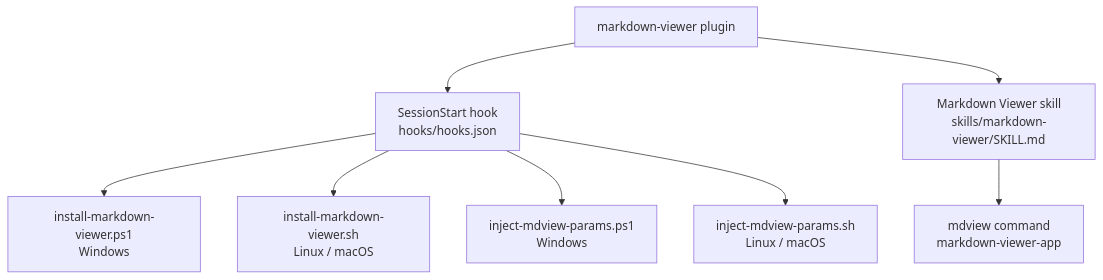
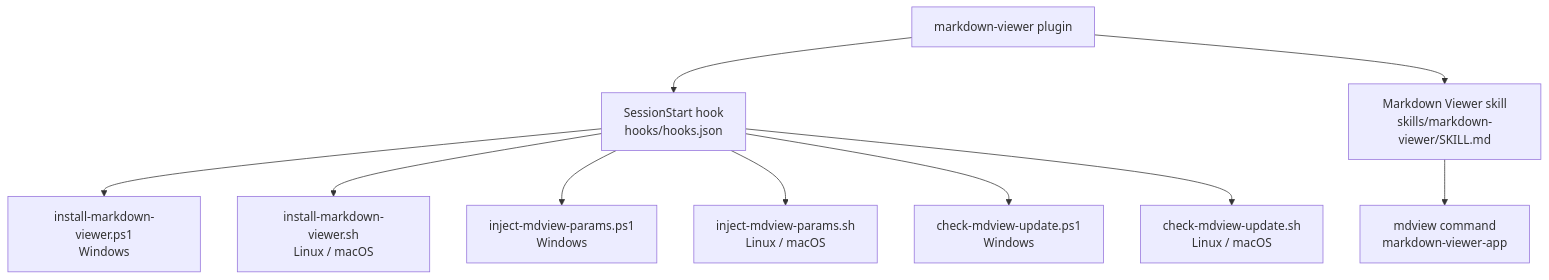
The diagram in plugins/markdown-viewer/README.md (dimpletz/prompts-collection), drawn with Mermaid before and after one commit. The commit also changed other lines of this file and 8 other files, not shown here.

````diff
--- a/plugins/markdown-viewer/README.md
+++ b/plugins/markdown-viewer/README.md
@@ -52,11 +52,13 @@
 ```mermaid
 graph TD
     A[markdown-viewer plugin]
     A --> B[SessionStart hook<br/>hooks/hooks.json]
     A --> C[Markdown Viewer skill<br/>skills/markdown-viewer/SKILL.md]
     B --> D[install-markdown-viewer.ps1<br/>Windows]
     B --> E[install-markdown-viewer.sh<br/>Linux / macOS]
     B --> F[inject-mdview-params.ps1<br/>Windows]
     B --> G[inject-mdview-params.sh<br/>Linux / macOS]
+    B --> I[check-mdview-update.ps1<br/>Windows]
+    B --> J[check-mdview-update.sh<br/>Linux / macOS]
     C --> H[mdview command<br/>markdown-viewer-app]
 ```
````
